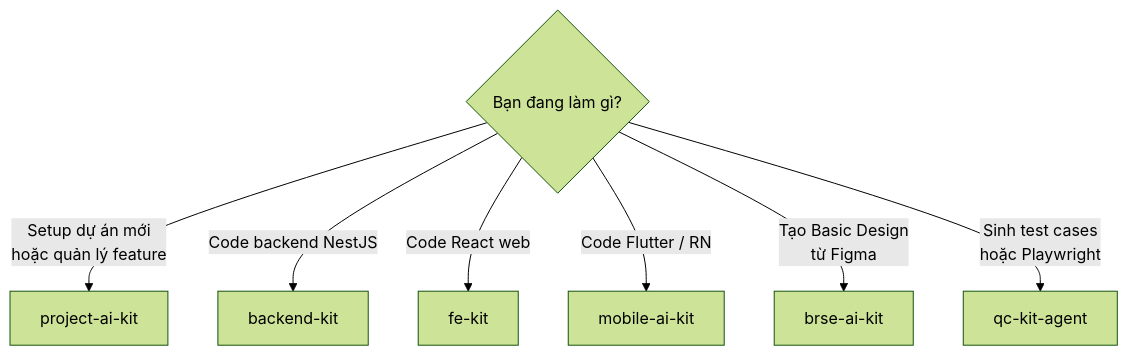
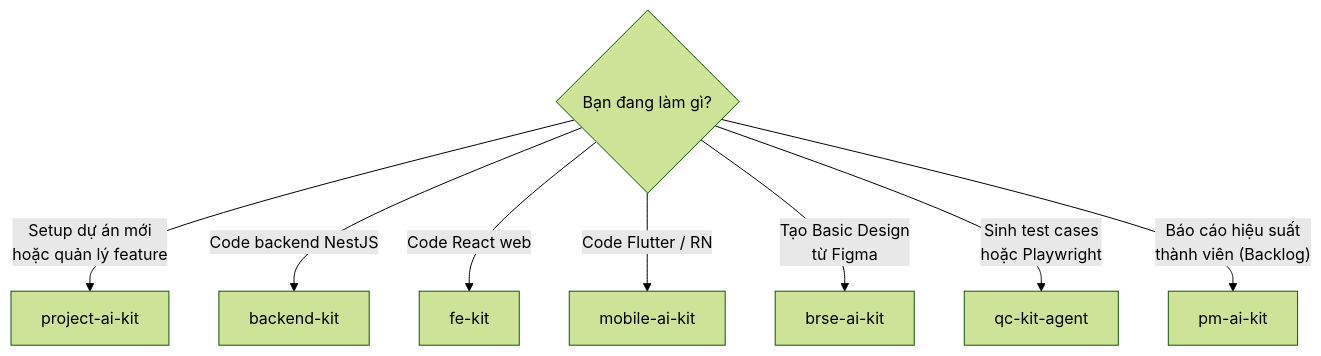
Before and after one commit to dipro-vn/dipro-ai-boost: the diagram in dipro-ai-kit-docs/docs/kits/index.md, drawn with Mermaid (forest theme). The commit also changed other lines of this file and 3 other files, not shown here.

````diff
--- a/dipro-ai-kit-docs/docs/kits/index.md
+++ b/dipro-ai-kit-docs/docs/kits/index.md
@@ -18,11 +19,12 @@
 ```mermaid
 graph TD
     Q1{"Bạn đang làm gì?"}
     
     Q1 -->|"Setup dự án mới\nhoặc quản lý feature"| P["project-ai-kit"]
     Q1 -->|"Code backend NestJS"| BE["backend-kit"]
     Q1 -->|"Code React web"| FE["fe-kit"]
     Q1 -->|"Code Flutter / RN"| MOB["mobile-ai-kit"]
     Q1 -->|"Tạo Basic Design\ntừ Figma"| BRSE["brse-ai-kit"]
     Q1 -->|"Sinh test cases\nhoặc Playwright"| QC["qc-kit-agent"]
+    Q1 -->|"Báo cáo hiệu suất\nthành viên (Backlog)"| PM["pm-ai-kit"]
 ```
````
